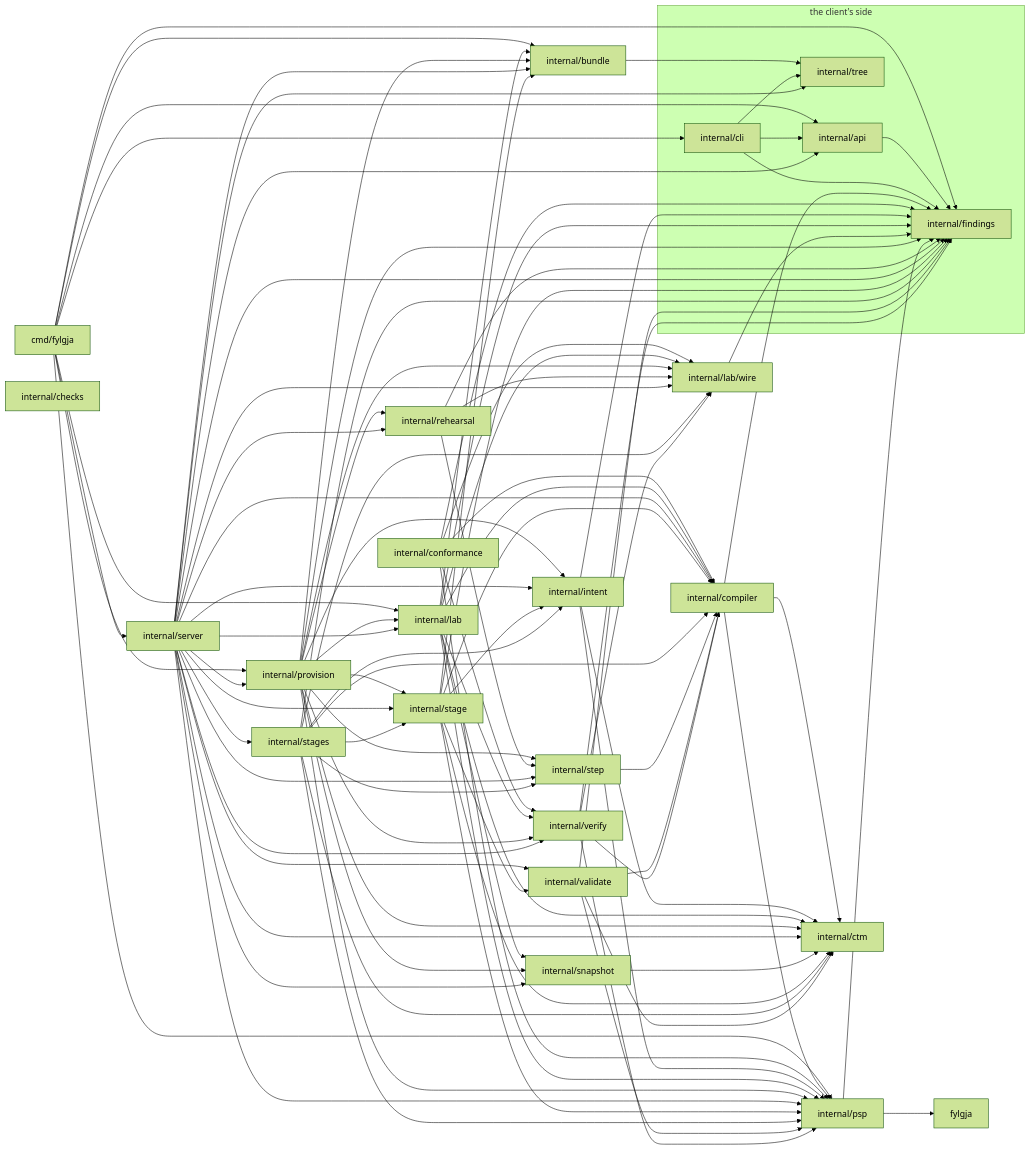
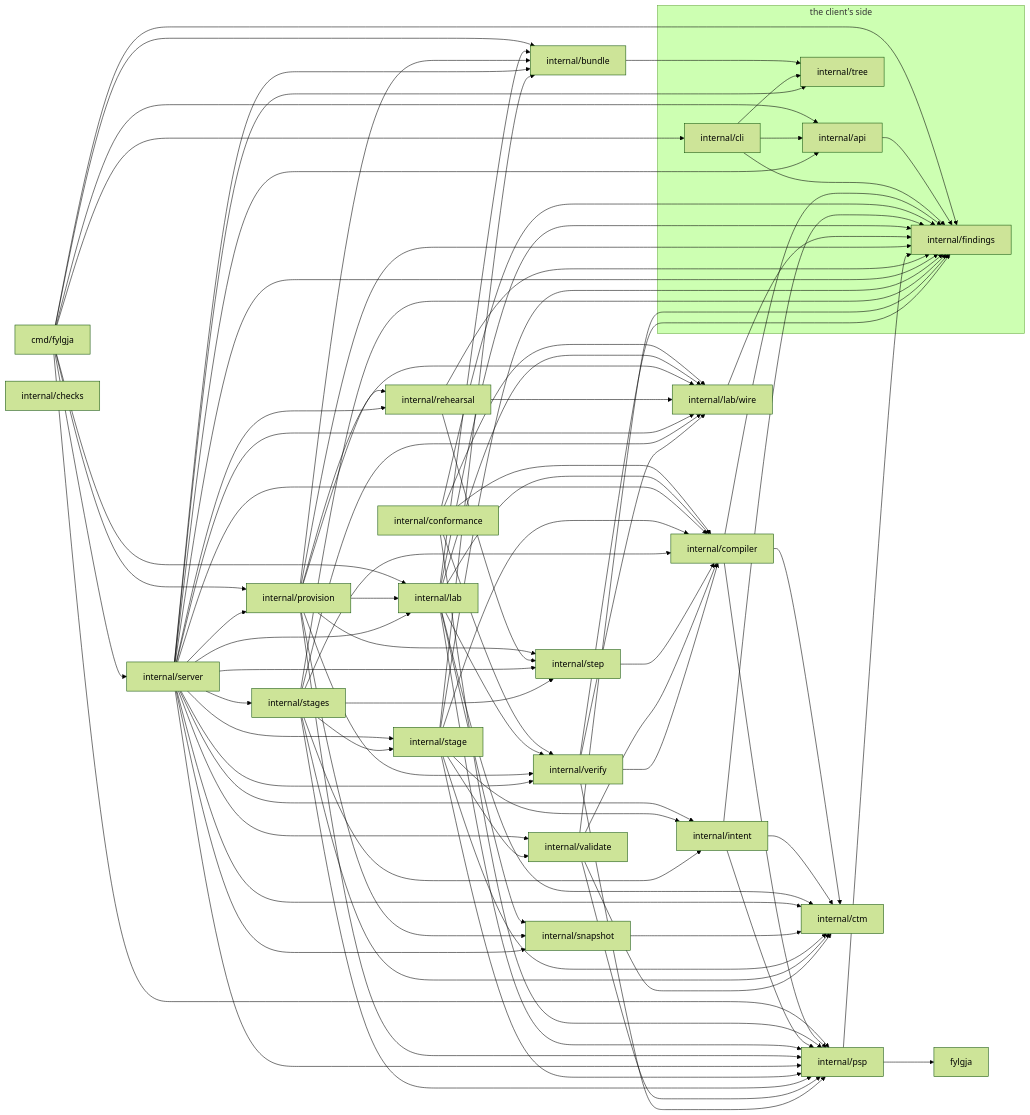
The diagram in docs/development.md (happypathnetworking/fylgja), drawn with Mermaid (forest theme) before and after one commit. The commit also changed 9 other files, not shown here.

```diff
--- a/docs/development.md
+++ b/docs/development.md
@@ -476,15 +476,12 @@
     internal_lab --> internal_verify
     internal_lab_wire --> internal_findings
     internal_provision --> internal_bundle
-    internal_provision --> internal_ctm
     internal_provision --> internal_findings
-    internal_provision --> internal_intent
     internal_provision --> internal_lab
     internal_provision --> internal_lab_wire
     internal_provision --> internal_psp
     internal_provision --> internal_rehearsal
     internal_provision --> internal_snapshot
-    internal_provision --> internal_stage
     internal_provision --> internal_step
     internal_provision --> internal_verify
     internal_psp --> fylgja
```
